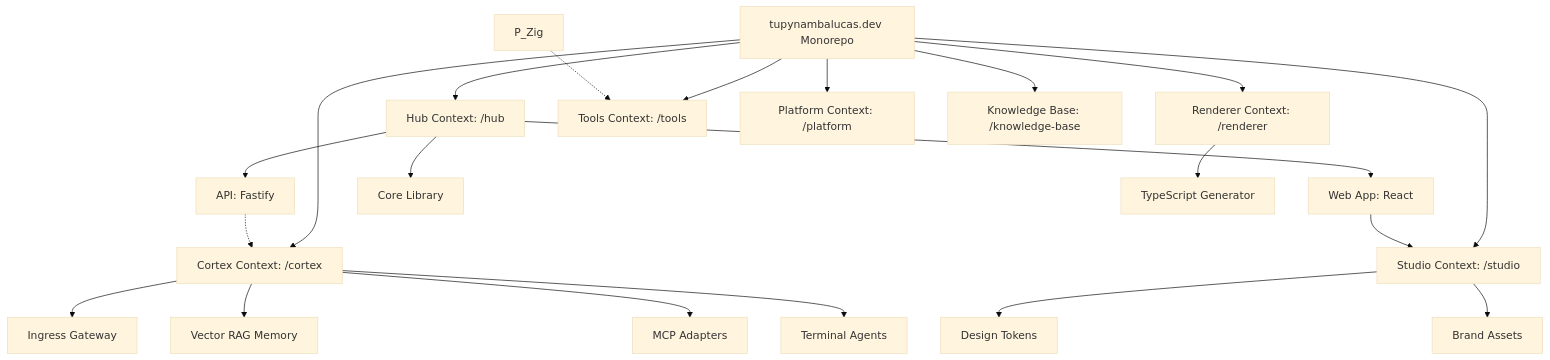
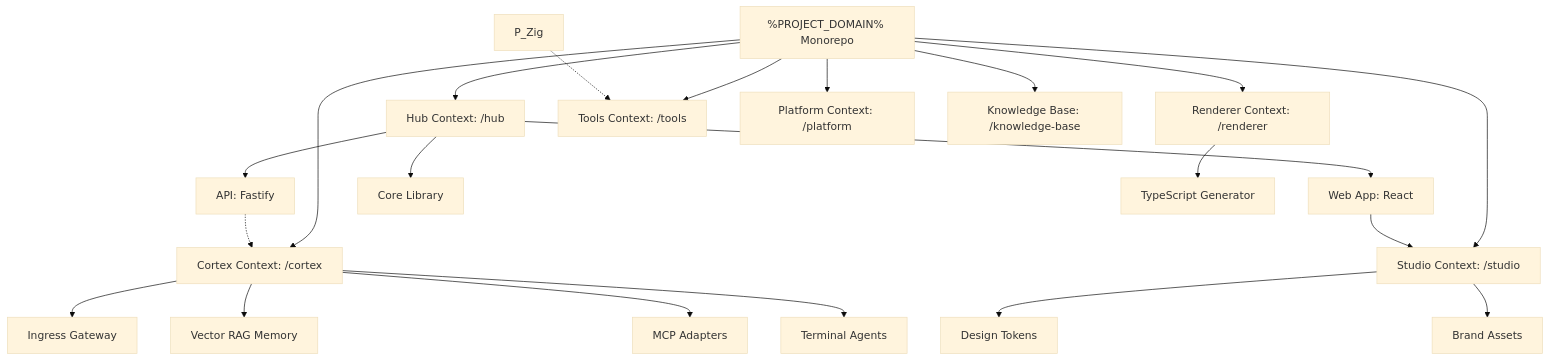
One commit to tupynambalucas/tupynambalucas changed the diagram in corporate/services/portal/i18n/pt-BR/docusaurus-plugin-content-docs/current/explanation/bounded-contexts.mdx. Above: the diagram before and after it, drawn with Mermaid (base theme). The commit also changed other lines of this file and 86 other files, not shown here.

Commit message:
docs(portal): update architecture guides and bounded context documentation

````diff
--- a/corporate/services/portal/i18n/pt-BR/docusaurus-plugin-content-docs/current/explanation/bounded-contexts.mdx
+++ b/corporate/services/portal/i18n/pt-BR/docusaurus-plugin-content-docs/current/explanation/bounded-contexts.mdx
@@ -16,30 +16,30 @@
 ```mermaid
 graph TD
     direction TB
-    Root["tupynambalucas.dev Monorepo"]
+    Root["%PROJECT_DOMAIN% Monorepo"]
     Root --> Hub["Hub Context: /hub"]
     Root --> Cortex["Cortex Context: /cortex"]
     Root --> Renderer["Renderer Context: /renderer"]
     Root --> Studio["Studio Context: /studio"]
     Root --> Tools["Tools Context: /tools"]
     Root --> Platform["Platform Context: /platform"]
     Root --> Knowledge["Knowledge Base: /knowledge-base"]
 
     Hub --> H_Web["Web App: React"]
     Hub --> H_API["API: Fastify"]
     Hub --> H_Core["Core Library"]
 
     Cortex --> Gateway["Ingress Gateway"]
     Cortex --> Memory["Vector RAG Memory"]
     Cortex --> MCP["MCP Adapters"]
     Cortex --> Agents["Terminal Agents"]
 
     Renderer --> R_Gen["TypeScript Generator"]
 
     Studio --> Tokens["Design Tokens"]
     Studio --> Assets["Brand Assets"]
 
     H_Web --> Studio
     P_Zig -.-> Tools
     H_API -.-> Cortex
 ```
````
